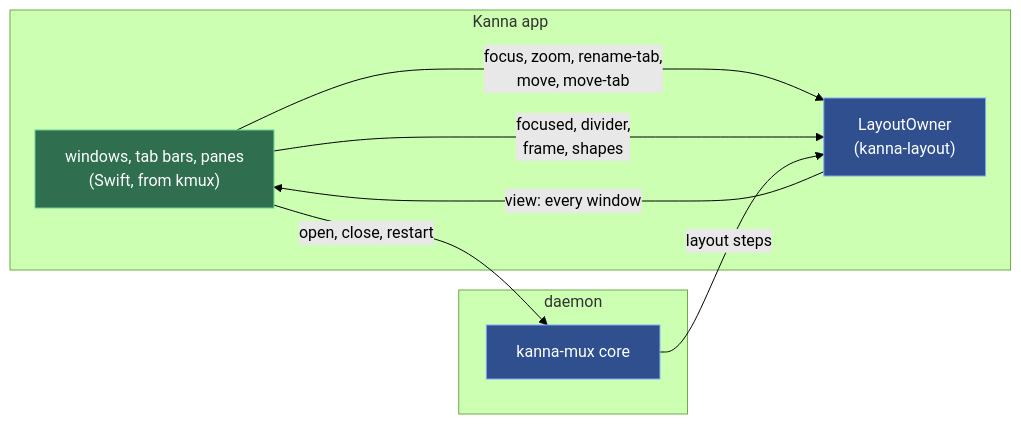
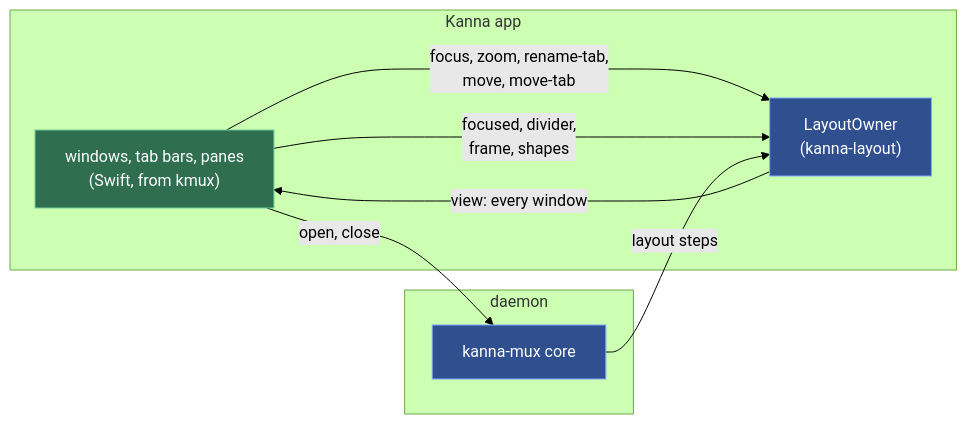
Before and after one commit to jemdiggity/kanna-v4: diagram 11 of 19 in docs/kanna-spec.md, drawn with Mermaid (forest theme). The commit also changed other lines of this file and 1 other file, not shown here.

````diff
--- a/docs/kanna-spec.md
+++ b/docs/kanna-spec.md
@@ -526,19 +526,19 @@
 ```mermaid
 flowchart LR
     subgraph A["Kanna app"]
         UI["windows, tab bars, panes<br/>(Swift, from kmux)"]
         OWNER["LayoutOwner<br/>(kanna-layout)"]
         UI -->|"focus, zoom, rename-tab,<br/>move, move-tab"| OWNER
         UI -->|"focused, divider,<br/>frame, shapes"| OWNER
         OWNER -->|"view: every window"| UI
     end
     subgraph D["daemon"]
         CORE["kanna-mux core"]
     end
-    UI -->|"open, close, restart"| CORE
+    UI -->|"open, close"| CORE
     CORE -->|"layout steps"| OWNER
     classDef kanna fill:#2f6f4f,stroke:#6fcf97,color:#ffffff
     classDef kmux fill:#2f4f8f,stroke:#7fa7ff,color:#ffffff
     class UI kanna
     class OWNER,CORE kmux
 ```
````
